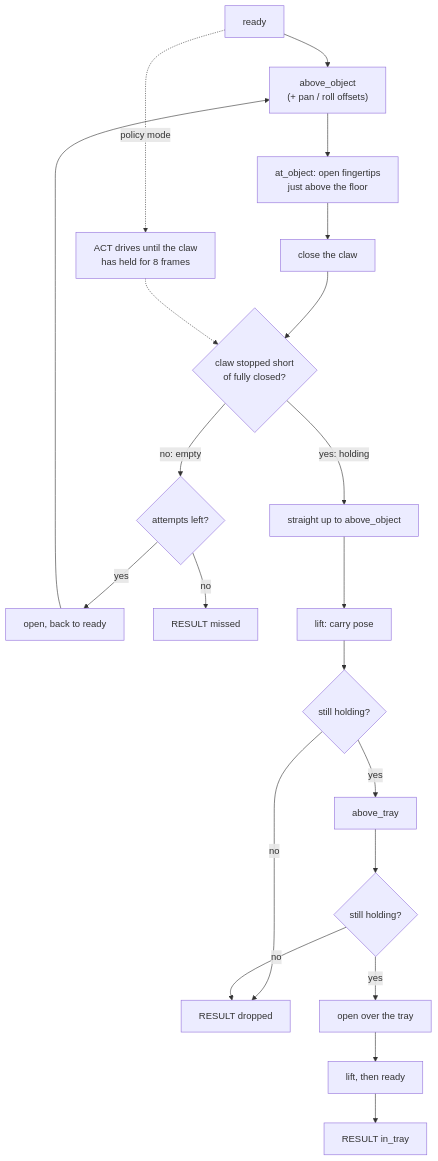
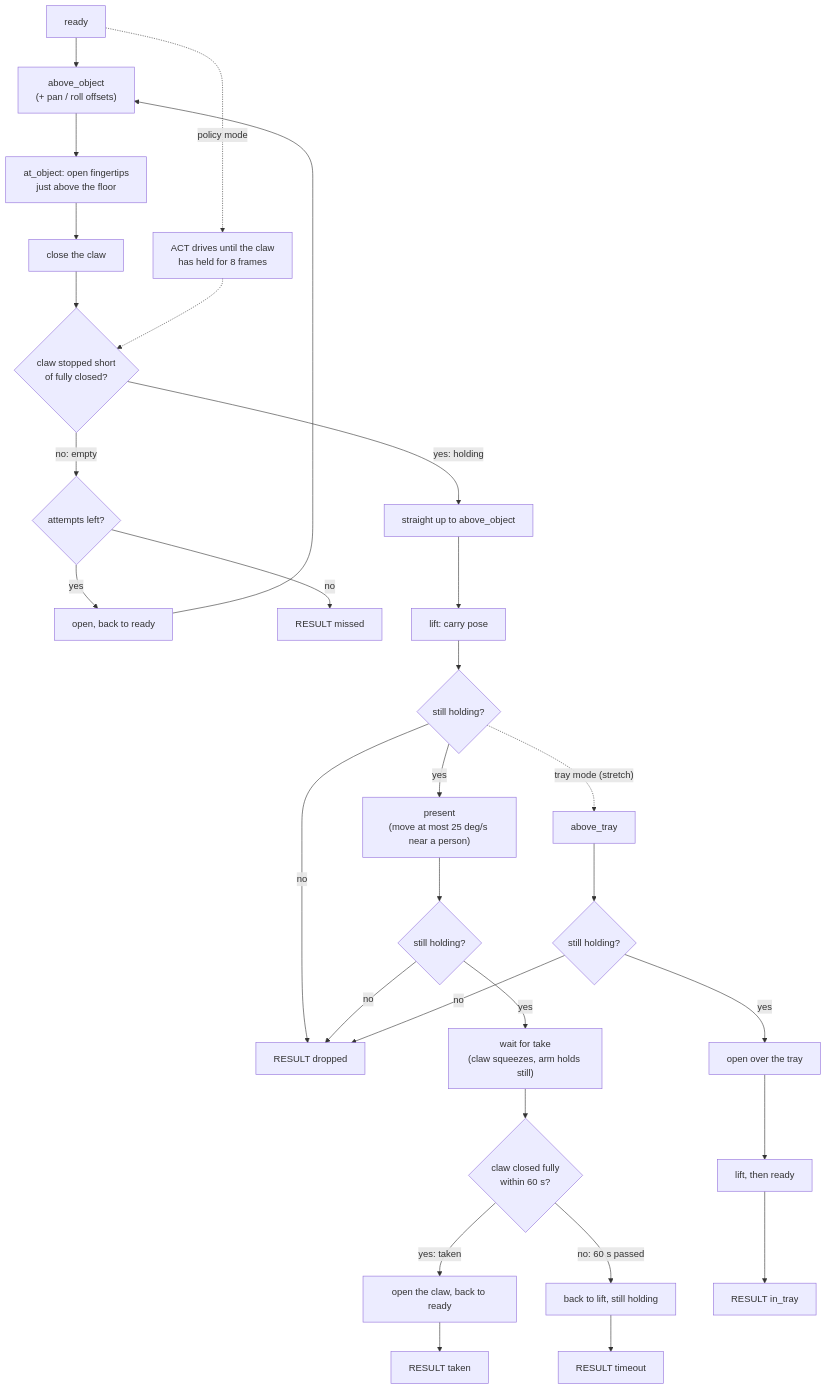
Before and after one commit to aarooshpravici/AutoPick-CalHacks: the eighth of 12 diagrams in plan.md, drawn with Mermaid. The commit also changed other lines of this file, not shown here.

First line of the commit message:
Plan: hour-6 re-plan, arm hands the object over, lift becomes stretch

````diff
--- a/plan.md
+++ b/plan.md
@@ -451,21 +472,28 @@
 ```mermaid
 flowchart TD
     R["ready"] --> AO["above_object<br/>(+ pan / roll offsets)"]
     R -.->|"policy mode"| POL["ACT drives until the claw<br/>has held for 8 frames"]
     AO --> AT["at_object: open fingertips<br/>just above the floor"]
     AT --> CL["close the claw"]
     CL --> CK{"claw stopped short<br/>of fully closed?"}
     POL -.-> CK
     CK -->|"no: empty"| RT{"attempts left?"}
     RT -->|"yes"| OP["open, back to ready"] --> AO
     RT -->|"no"| MISS["RESULT missed"]
     CK -->|"yes: holding"| UP["straight up to above_object"]
     UP --> LF["lift: carry pose"]
     LF --> CK2{"still holding?"}
     CK2 -->|"no"| DROP["RESULT dropped"]
-    CK2 -->|"yes"| AB["above_tray"]
-    AB --> CK3{"still holding?"}
+    CK2 -->|"yes"| PR["present<br/>(move at most 25 deg/s near a person)"]
+    PR --> CK3{"still holding?"}
     CK3 -->|"no"| DROP
-    CK3 -->|"yes"| REL["open over the tray"]
-    REL --> BACK["lift, then ready"] --> OK["RESULT in_tray"]
+    CK3 -->|"yes"| WT["wait for take<br/>(claw squeezes, arm holds still)"]
+    WT --> TK{"claw closed fully<br/>within 60 s?"}
+    TK -->|"yes: taken"| REL["open the claw, back to ready"] --> OK["RESULT taken"]
+    TK -->|"no: 60 s passed"| HB["back to lift, still holding"] --> TO["RESULT timeout"]
+    CK2 -.->|"tray mode (stretch)"| AB["above_tray"]
+    AB --> CK4{"still holding?"}
+    CK4 -->|"no"| DROP
+    CK4 -->|"yes"| REL2["open over the tray"]
+    REL2 --> BACK["lift, then ready"] --> OK2["RESULT in_tray"]
 ```
````
